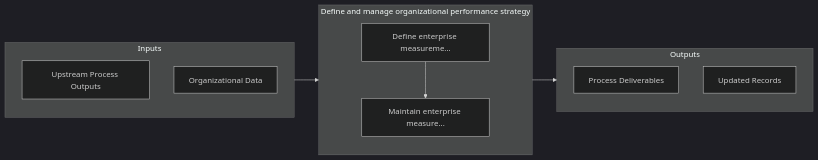
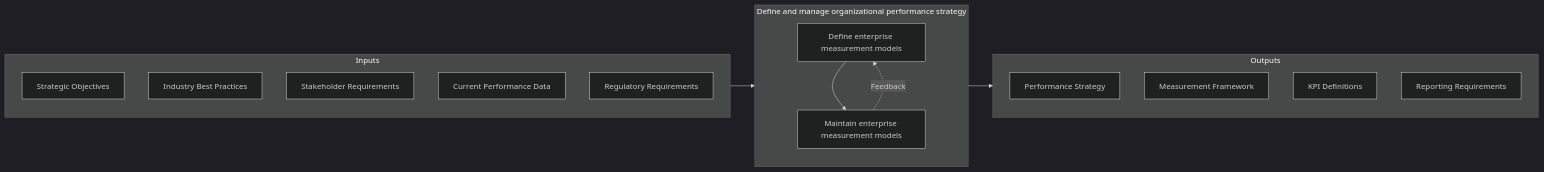
One commit to kziemski/business.org.ai changed the second of 2 diagrams in processes/13-Capabilities/13.6-MeasureBenchmark/13.6.1-DefineManageOrganizationalPerformance/index.mdx. Above: the diagram before and after it, drawn with Mermaid (dark theme). The commit also changed other lines of this file and 885 other files, not shown here.

````diff
--- a/processes/13-Capabilities/13.6-MeasureBenchmark/13.6.1-DefineManageOrganizationalPerformance/index.mdx
+++ b/processes/13-Capabilities/13.6-MeasureBenchmark/13.6.1-DefineManageOrganizationalPerformance/index.mdx
@@ -60,20 +64,26 @@
 ```mermaid
 flowchart LR
     subgraph Inputs["Inputs"]
-        I1["Upstream Process Outputs"]
-        I2["Organizational Data"]
+        I1["Strategic Objectives"]
+        I2["Industry Best Practices"]
+        I3["Stakeholder Requirements"]
+        I4["Current Performance Data"]
+        I5["Regulatory Requirements"]
     end
 
     subgraph Process["Define and manage organizational performance strategy"]
-        S1["Define enterprise measureme..."]
-        S2["Maintain enterprise measure..."]
+        S1["Define enterprise measurement models"]
+        S2["Maintain enterprise measurement models"]
     end
 
     subgraph Outputs["Outputs"]
-        O1["Process Deliverables"]
-        O2["Updated Records"]
+        O1["Performance Strategy"]
+        O2["Measurement Framework"]
+        O3["KPI Definitions"]
+        O4["Reporting Requirements"]
     end
 
     Inputs --> Process --> Outputs
     S1 --> S2
+    S2 -.->|Feedback| S1
 ```
````
